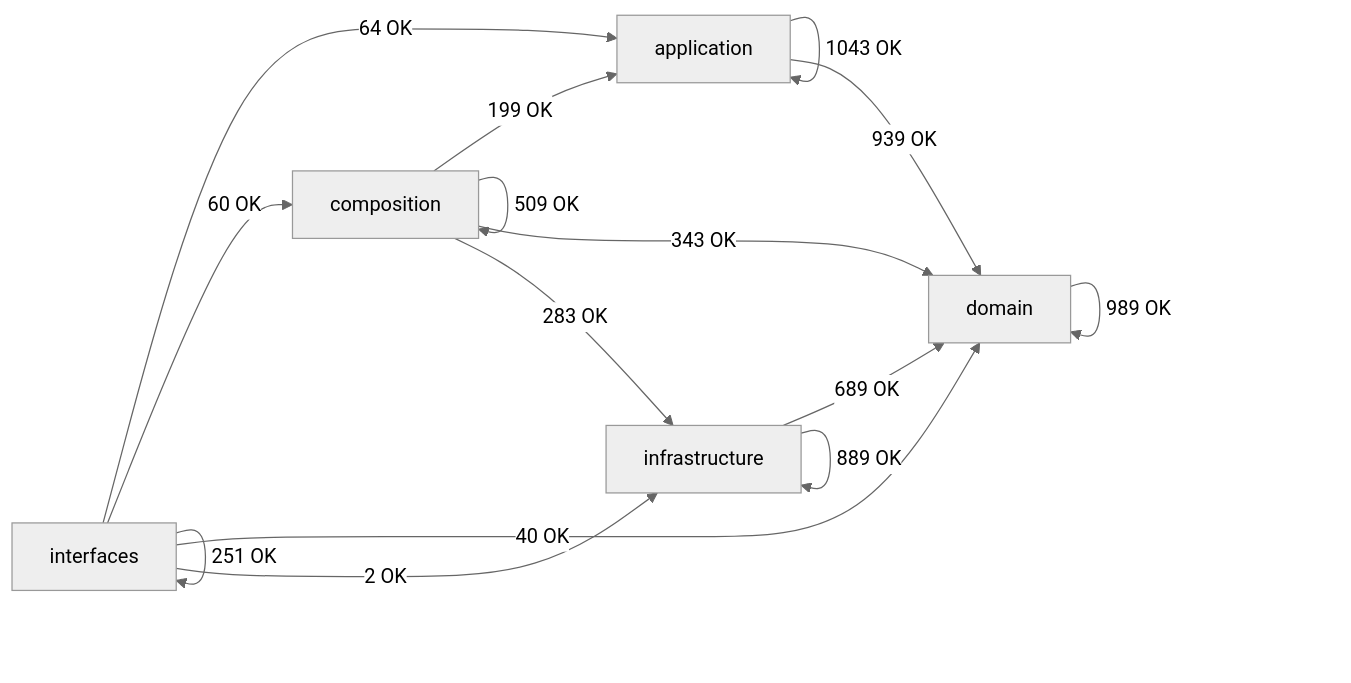
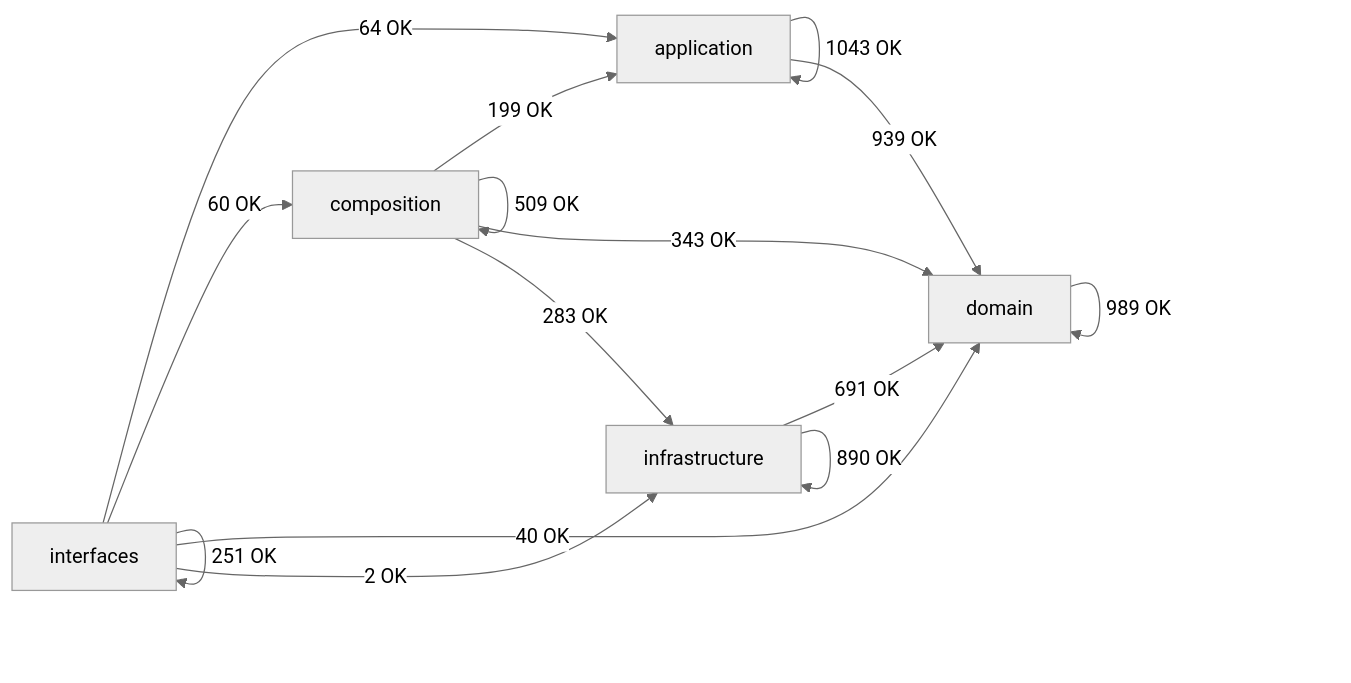
One commit to SatoryKono/BioactivityDataAcquisition changed the diagram in docs/02-architecture/generated/module-dependency-map.md. Above: the diagram before and after it, drawn with Mermaid (neutral theme). The commit also changed other lines of this file and 8 other files, not shown here.

````diff
--- a/docs/02-architecture/generated/module-dependency-map.md
+++ b/docs/02-architecture/generated/module-dependency-map.md
@@ -17,22 +17,22 @@
 ```mermaid
 flowchart LR
     domain[domain]
     application[application]
     infrastructure[infrastructure]
     composition[composition]
     interfaces[interfaces]
     application -->|1043 OK| application
     application -->|939 OK| domain
     composition -->|199 OK| application
     composition -->|509 OK| composition
     composition -->|343 OK| domain
     composition -->|283 OK| infrastructure
     domain -->|989 OK| domain
-    infrastructure -->|689 OK| domain
-    infrastructure -->|889 OK| infrastructure
+    infrastructure -->|691 OK| domain
+    infrastructure -->|890 OK| infrastructure
     interfaces -->|64 OK| application
     interfaces -->|60 OK| composition
     interfaces -->|40 OK| domain
     interfaces -->|2 OK| infrastructure
     interfaces -->|251 OK| interfaces
 ```
````
